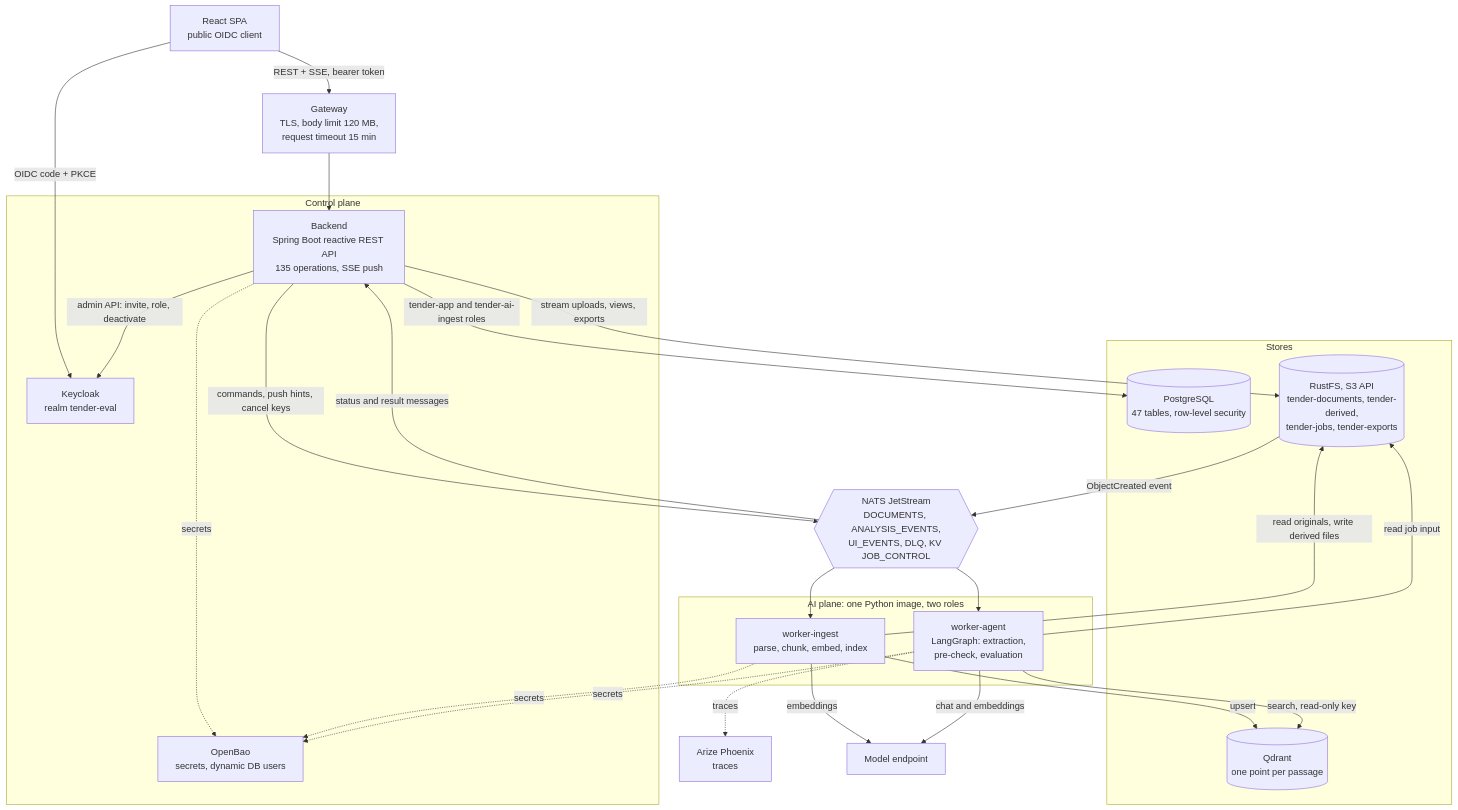
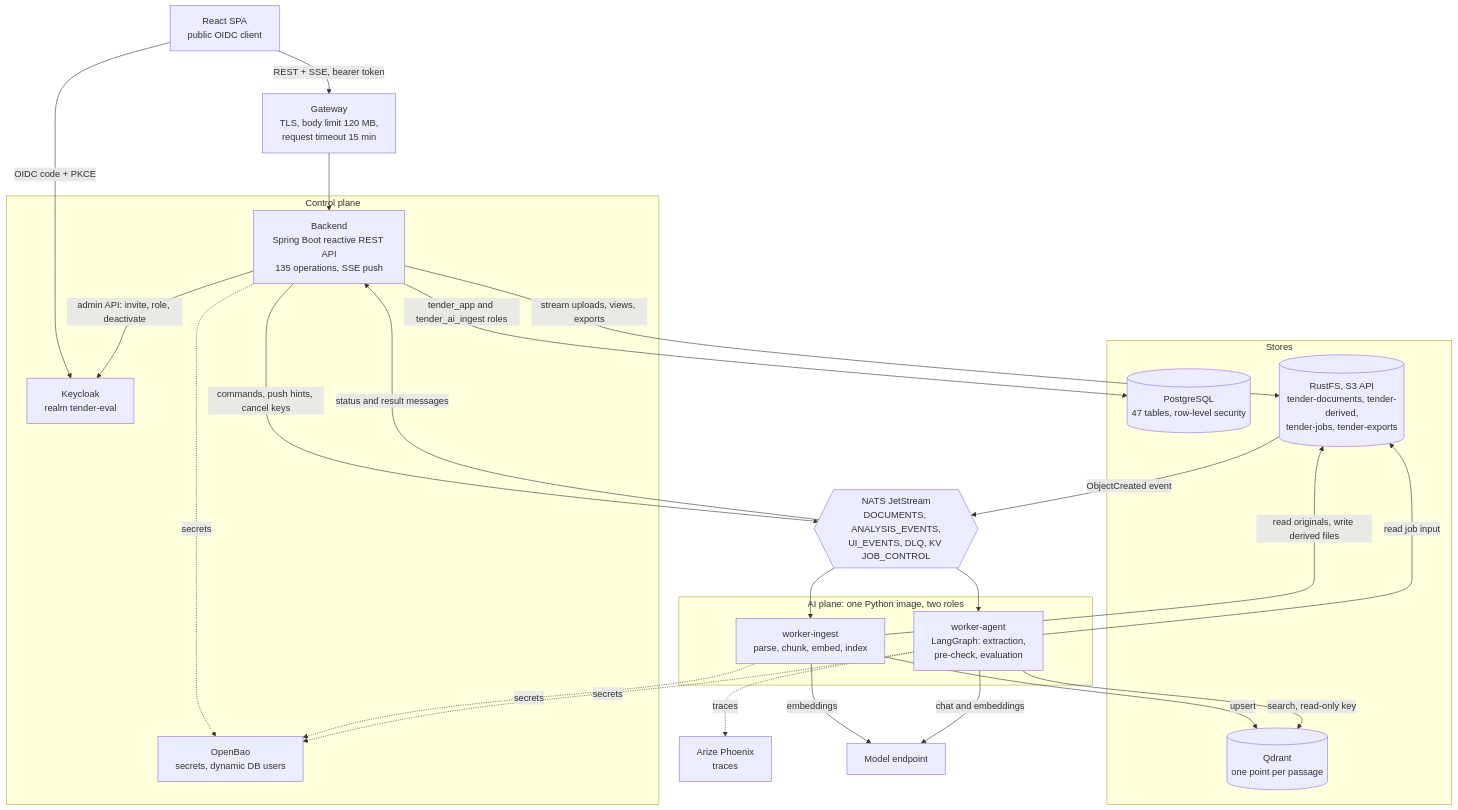
The second of 7 diagrams in docs/solution-architecture.md (ahmedmohamedut/ai-tender-eval-platform), drawn with Mermaid before and after one commit. The commit also changed 5 other files, not shown here.

Commit message:
M8: Getting started, Commands table, corrected role names and RustFS event shape (roadmap Phase 0; implementation guide 5.4; PI 4.3, PI Q2)

````diff
--- a/docs/solution-architecture.md
+++ b/docs/solution-architecture.md
@@ -34,42 +34,42 @@
 ```mermaid
 flowchart TB
     spa["React SPA<br/>public OIDC client"]
     gw["Gateway<br/>TLS, body limit 120 MB,<br/>request timeout 15 min"]
     subgraph control["Control plane"]
         api["Backend<br/>Spring Boot reactive REST API<br/>135 operations, SSE push"]
         kc["Keycloak<br/>realm tender-eval"]
         bao["OpenBao<br/>secrets, dynamic DB users"]
     end
     subgraph stores["Stores"]
         pg[("PostgreSQL<br/>47 tables, row-level security")]
         s3[("RustFS, S3 API<br/>tender-documents, tender-derived,<br/>tender-jobs, tender-exports")]
         qd[("Qdrant<br/>one point per passage")]
     end
     nats{{"NATS JetStream<br/>DOCUMENTS, ANALYSIS_EVENTS,<br/>UI_EVENTS, DLQ, KV JOB_CONTROL"}}
     subgraph ai["AI plane: one Python image, two roles"]
         ingest["worker-ingest<br/>parse, chunk, embed, index"]
         agent["worker-agent<br/>LangGraph: extraction,<br/>pre-check, evaluation"]
     end
     ph["Arize Phoenix<br/>traces"]
     llm["Model endpoint"]
     spa -- "REST + SSE, bearer token" --> gw --> api
     spa -- "OIDC code + PKCE" --> kc
-    api -- "tender-app and tender-ai-ingest roles" --> pg
+    api -- "tender_app and tender_ai_ingest roles" --> pg
     api -- "stream uploads, views, exports" --> s3
     api -- "commands, push hints, cancel keys" --> nats
     nats -- "status and result messages" --> api
     api -- "admin API: invite, role, deactivate" --> kc
     s3 -- "ObjectCreated event" --> nats
     nats --> ingest
     nats --> agent
     ingest -- "read originals, write derived files" --> s3
     ingest -- "upsert" --> qd
     agent -- "read job input" --> s3
     agent -- "search, read-only key" --> qd
     ingest -- "embeddings" --> llm
     agent -- "chat and embeddings" --> llm
     agent -. "traces" .-> ph
     api -. "secrets" .-> bao
     ingest -. "secrets" .-> bao
     agent -. "secrets" .-> bao
 ```
````
